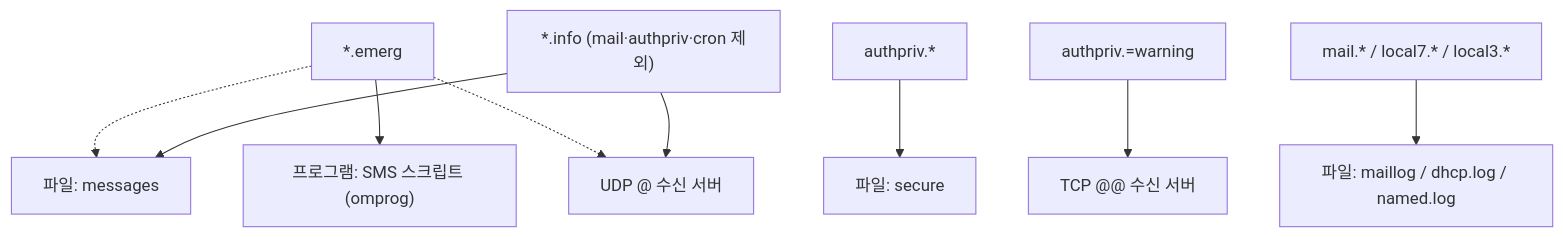
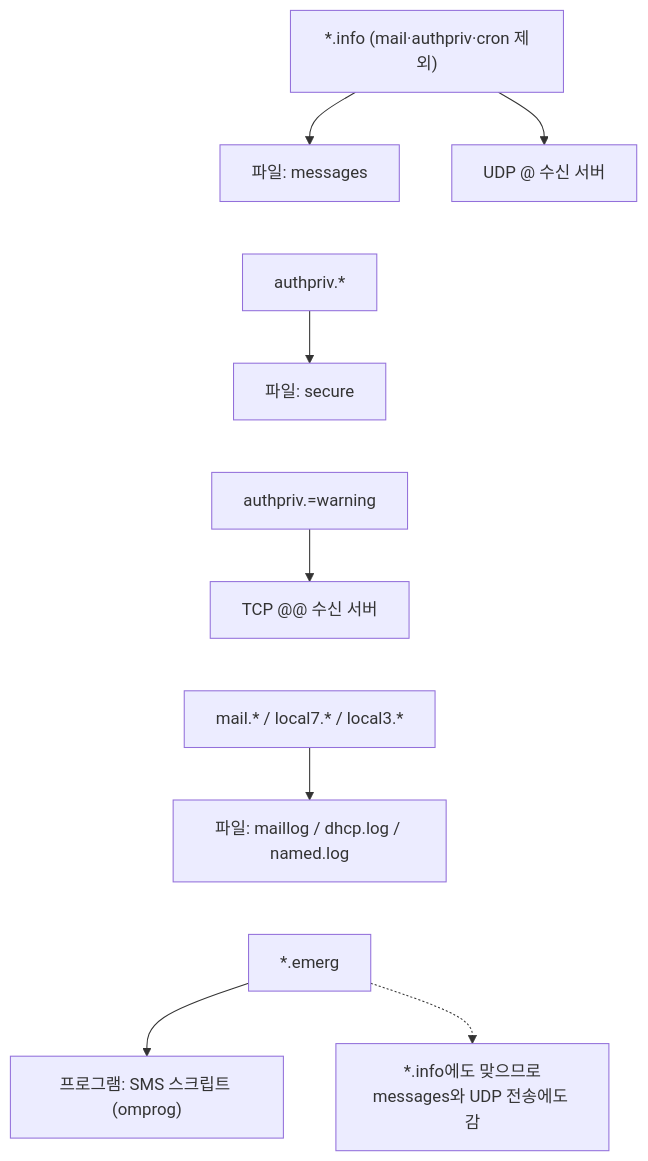
Before and after one commit to DFIDwiz-sketch/dfir-handbook: the diagram in docs-ko/training/network-forensics/part-2/syslog.md, drawn with Mermaid. The commit also changed other lines of this file and 1 other file, not shown here.

Commit message:
Network Forensics: restack lesson 2.10 routing figure for mobile width (KO + EN)
Claude-Session: https://claude.ai/code/session_011VUSpmik9wJ5Ypd1THCkmf

````diff
--- a/docs-ko/training/network-forensics/part-2/syslog.md
+++ b/docs-ko/training/network-forensics/part-2/syslog.md
@@ -354,11 +354,14 @@
 ```mermaid
 flowchart TD
     A["*.info (mail·authpriv·cron 제외)"] --> F1["파일: messages"]
     A --> N1["UDP @ 수신 서버"]
-    B["authpriv.*"] --> F2["파일: secure"]
-    C["authpriv.=warning"] --> N2["TCP @@ 수신 서버"]
-    D["mail.* / local7.* / local3.*"] --> F3["파일: maillog / dhcp.log / named.log"]
-    E["*.emerg"] --> P1["프로그램: SMS 스크립트 (omprog)"]
-    E -.-> F1
-    E -.-> N1
+    F1 ~~~ B["authpriv.*"]
+    B --> F2["파일: secure"]
+    F2 ~~~ C["authpriv.=warning"]
+    C --> N2["TCP @@ 수신 서버"]
+    N2 ~~~ D["mail.* / local7.* / local3.*"]
+    D --> F3["파일: maillog / dhcp.log / named.log"]
+    F3 ~~~ E["*.emerg"]
+    E --> P1["프로그램: SMS 스크립트 (omprog)"]
+    E -.-> X["*.info에도 맞으므로<br/>messages와 UDP 전송에도 감"]
 ```
````
